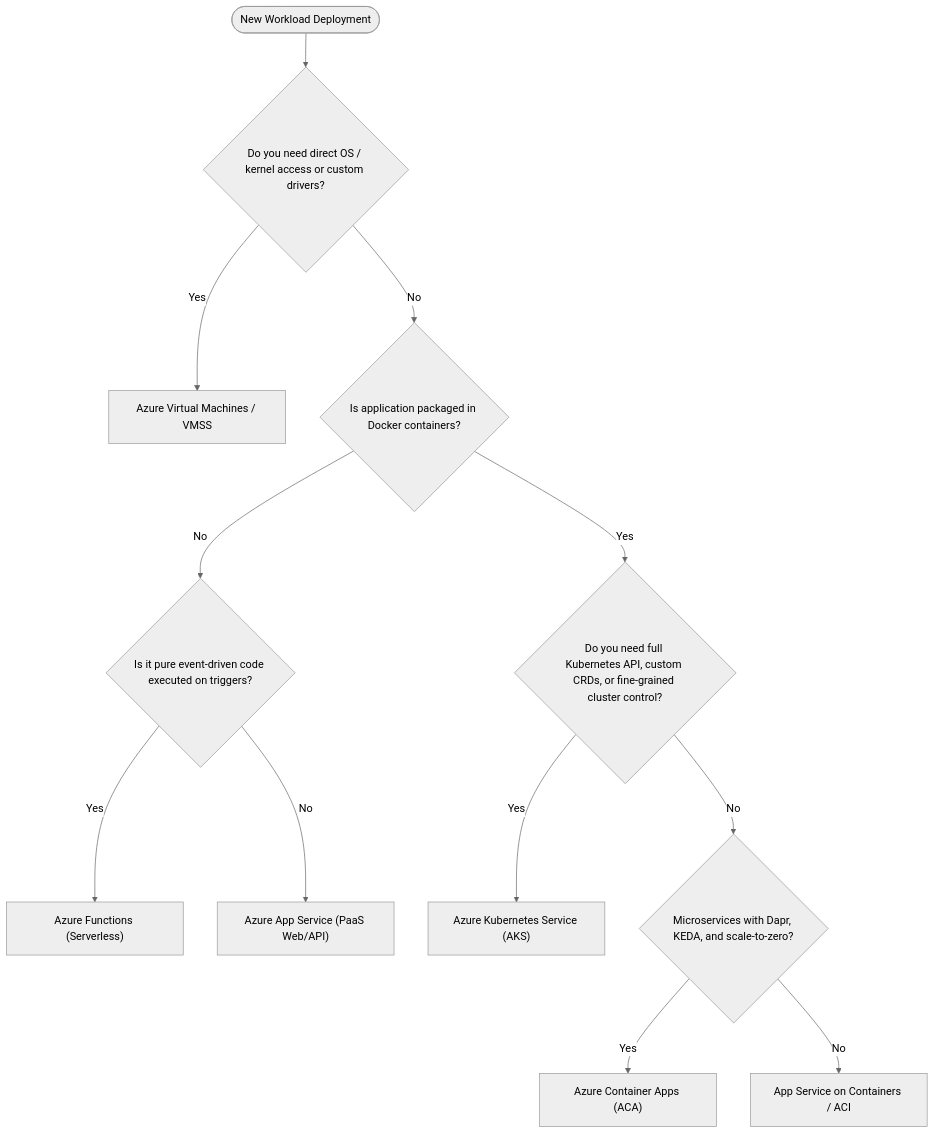
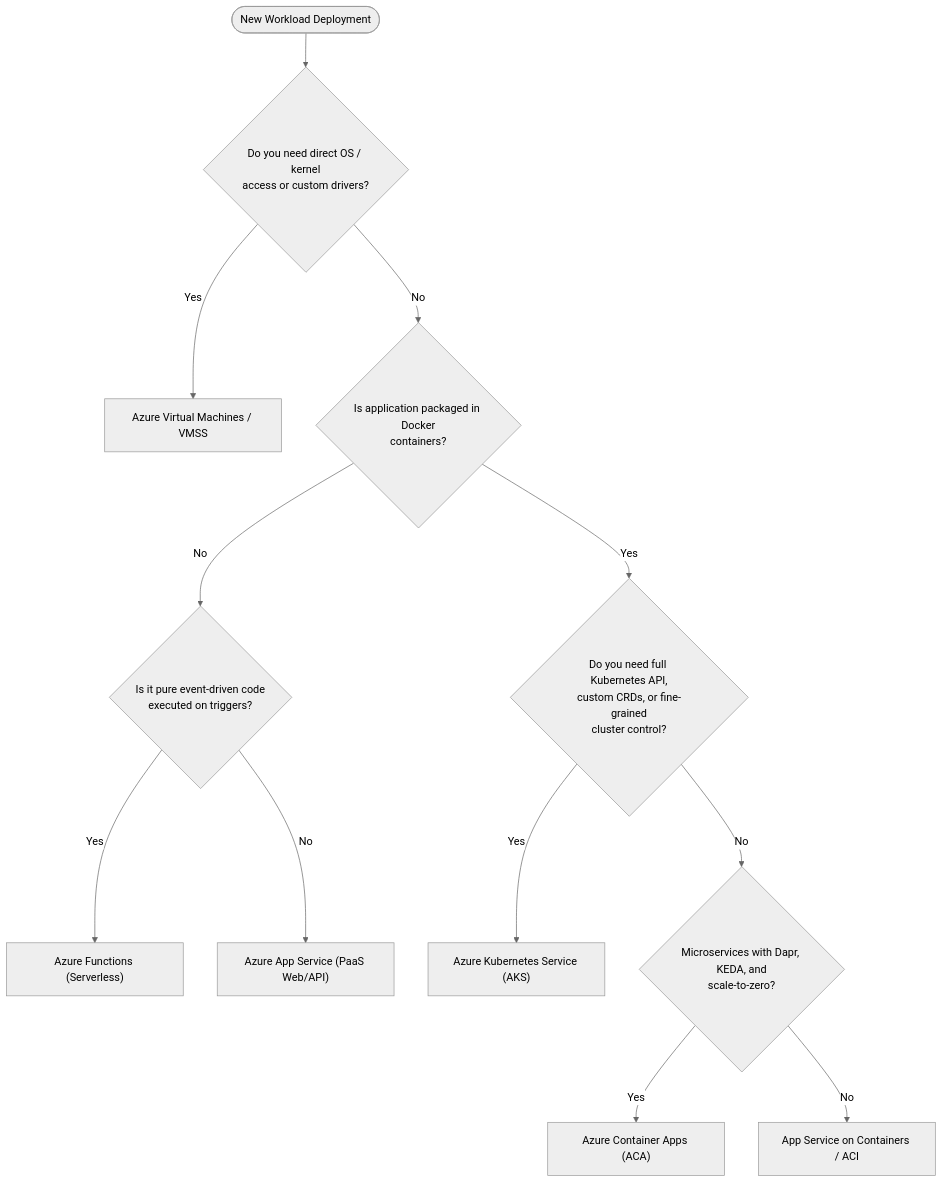
Before and after one commit to santoshjammi29/azure-cheat-sheet: the first of 2 diagrams in cheatsheets/decision-matrices.md, drawn with Mermaid (neutral theme). The commit also changed other lines of this file and 15 other files, not shown here.

Commit message:
fix(diagrams): word-wrap labels and escape comparison operators across all diagrams

````diff
--- a/cheatsheets/decision-matrices.md
+++ b/cheatsheets/decision-matrices.md
@@ -18,16 +18,16 @@
 ```mermaid
 flowchart TD
-    Start([New Workload Deployment]) --> Q_OS{"Do you need direct OS / kernel access or custom drivers?"}
+    Start([New Workload Deployment]) --> Q_OS{"Do you need direct OS / kernel<br/>access or custom drivers?"}
     Q_OS -- Yes --> VM["Azure Virtual Machines / VMSS"]
-    Q_OS -- No --> Q_Container{"Is application packaged in Docker containers?"}
+    Q_OS -- No --> Q_Container{"Is application packaged in Docker<br/>containers?"}
 
-    Q_Container -- No --> Q_EventDriven{"Is it pure event-driven code executed on triggers?"}
+    Q_Container -- No --> Q_EventDriven{"Is it pure event-driven code<br/>executed on triggers?"}
     Q_EventDriven -- Yes --> Fn["Azure Functions (Serverless)"]
     Q_EventDriven -- No --> AppService["Azure App Service (PaaS Web/API)"]
 
-    Q_Container -- Yes --> Q_K8sOrchestration{"Do you need full Kubernetes API, custom CRDs, or fine-grained cluster control?"}
+    Q_Container -- Yes --> Q_K8sOrchestration{"Do you need full Kubernetes API,<br/>custom CRDs, or fine-grained<br/>cluster control?"}
     Q_K8sOrchestration -- Yes --> AKS["Azure Kubernetes Service (AKS)"]
-    Q_K8sOrchestration -- No --> Q_Microservices{"Microservices with Dapr, KEDA, and scale-to-zero?"}
+    Q_K8sOrchestration -- No --> Q_Microservices{"Microservices with Dapr, KEDA, and<br/>scale-to-zero?"}
     Q_Microservices -- Yes --> ACA["Azure Container Apps (ACA)"]
     Q_Microservices -- No --> AppServiceContainer["App Service on Containers / ACI"]
 ```
````
